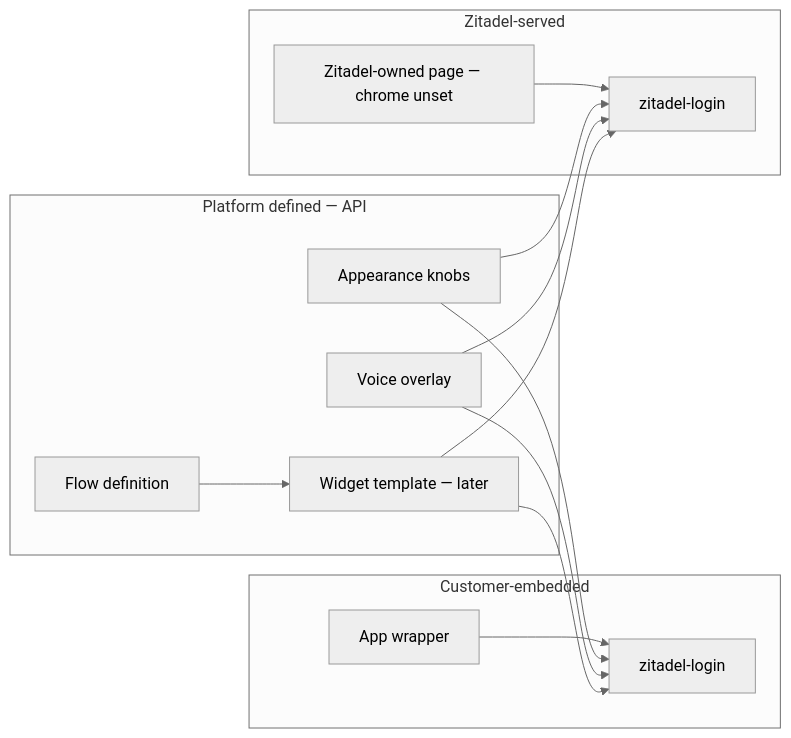
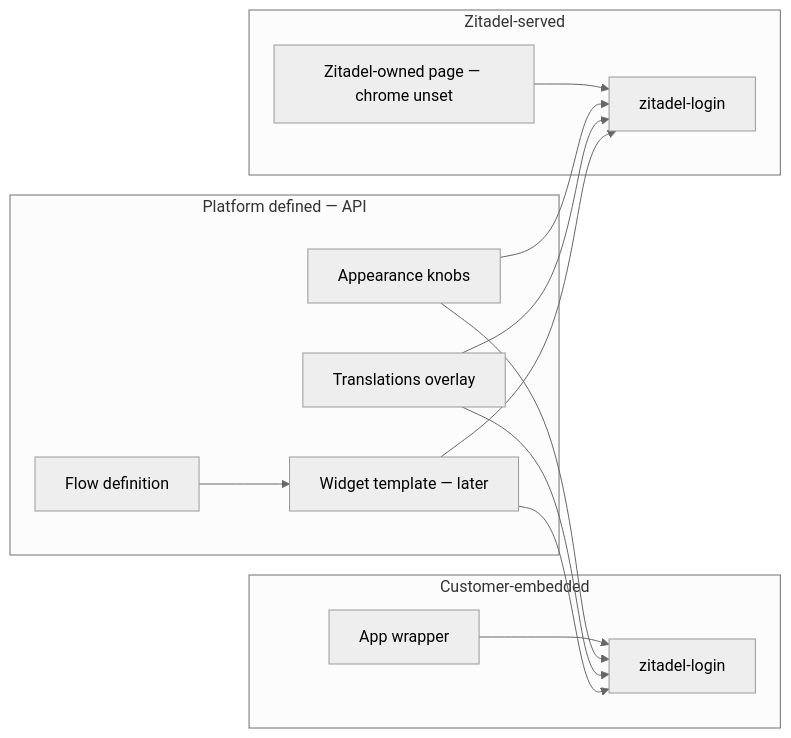
The third of 4 diagrams in docs/design/branding/customization-strategy.md (zitadel/nextgen), drawn with Mermaid (neutral theme) before and after one commit. The commit also changed other lines of this file and 4 other files, not shown here.

First line of the commit message:
docs: rename voice to translations in customization map

````diff
--- a/docs/design/branding/customization-strategy.md
+++ b/docs/design/branding/customization-strategy.md
@@ -189,26 +191,26 @@
 ```mermaid
 flowchart LR
   subgraph embed [Customer-embedded]
     EW[App wrapper]
     EL[zitadel-login]
     EW --> EL
   end
   subgraph served [Zitadel-served]
     SP[Zitadel-owned page — chrome unset]
     SL[zitadel-login]
     SP --> SL
   end
   subgraph api [Platform defined — API]
     AP[Appearance knobs]
-    VO[Voice overlay]
+    TR[Translations overlay]
     FL[Flow definition]
     WT[Widget template — later]
   end
   AP --> EL
   AP --> SL
-  VO --> EL
-  VO --> SL
+  TR --> EL
+  TR --> SL
   FL --> WT
   WT --> EL
   WT --> SL
 ```
````
